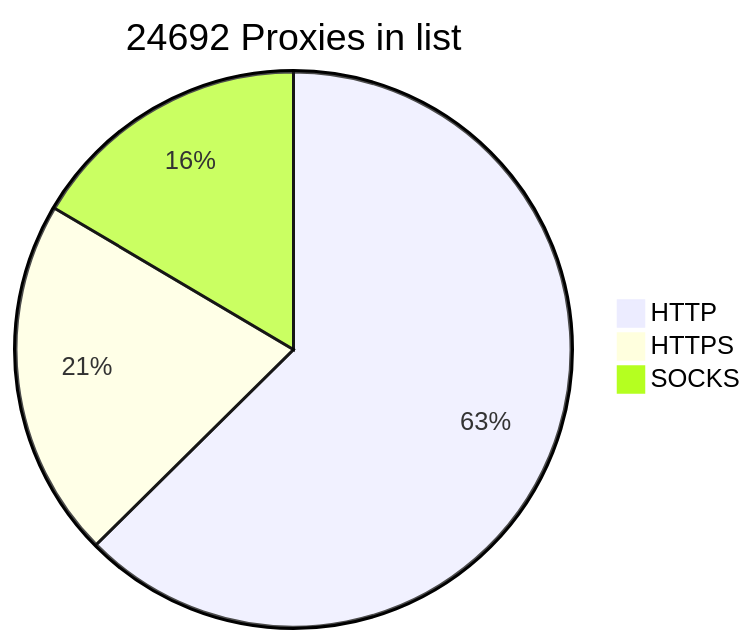
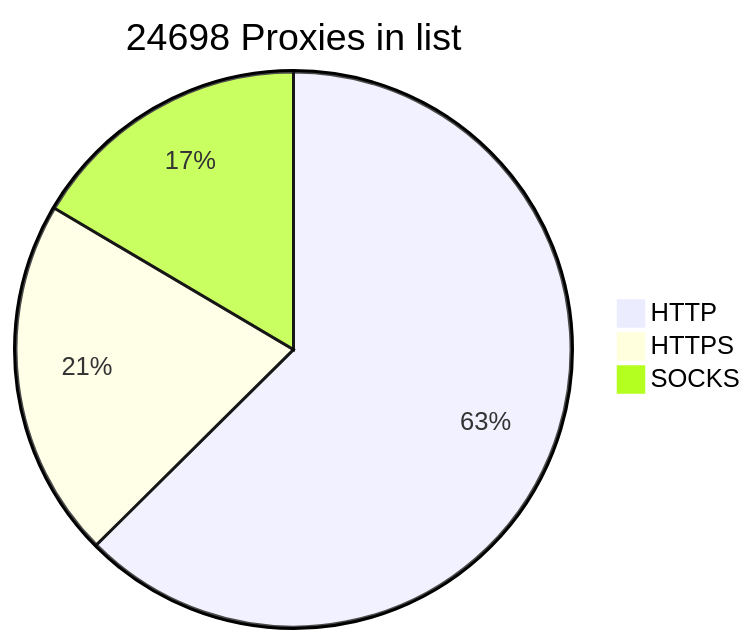
The diagram in README.md (BlackSnowDot/proxylist-update-every-minute), drawn with Mermaid before and after one commit.

````diff
--- a/README.md
+++ b/README.md
@@ -2,6 +2,6 @@
 ```mermaid
-pie title 24692 Proxies in list
-    "HTTP" : 17890
-    "HTTPS": 5979
-    "SOCKS" : 4716
+pie title 24698 Proxies in list
+    "HTTP" : 17889
+    "HTTPS": 5983
+    "SOCKS" : 4719
 ```
````
